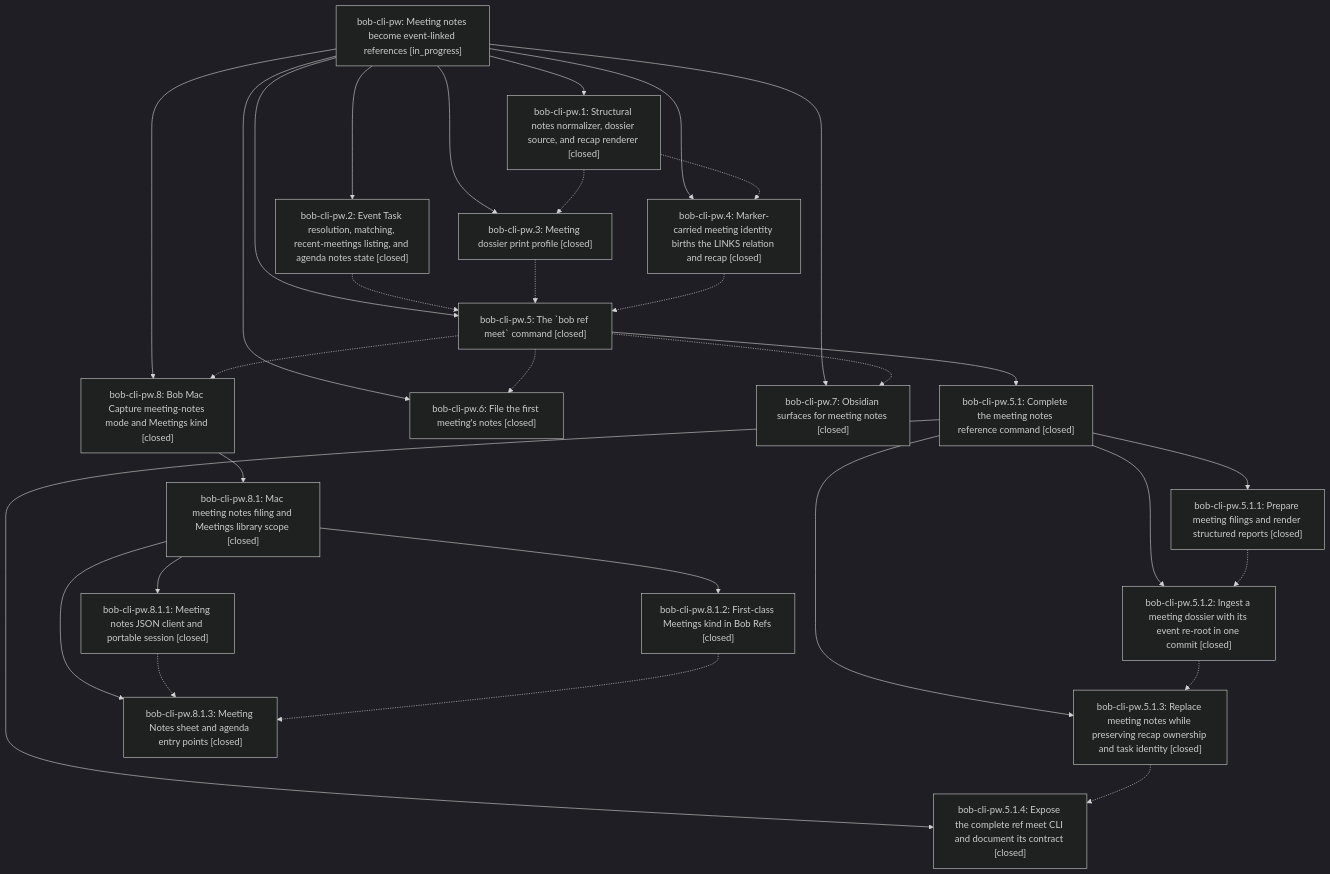
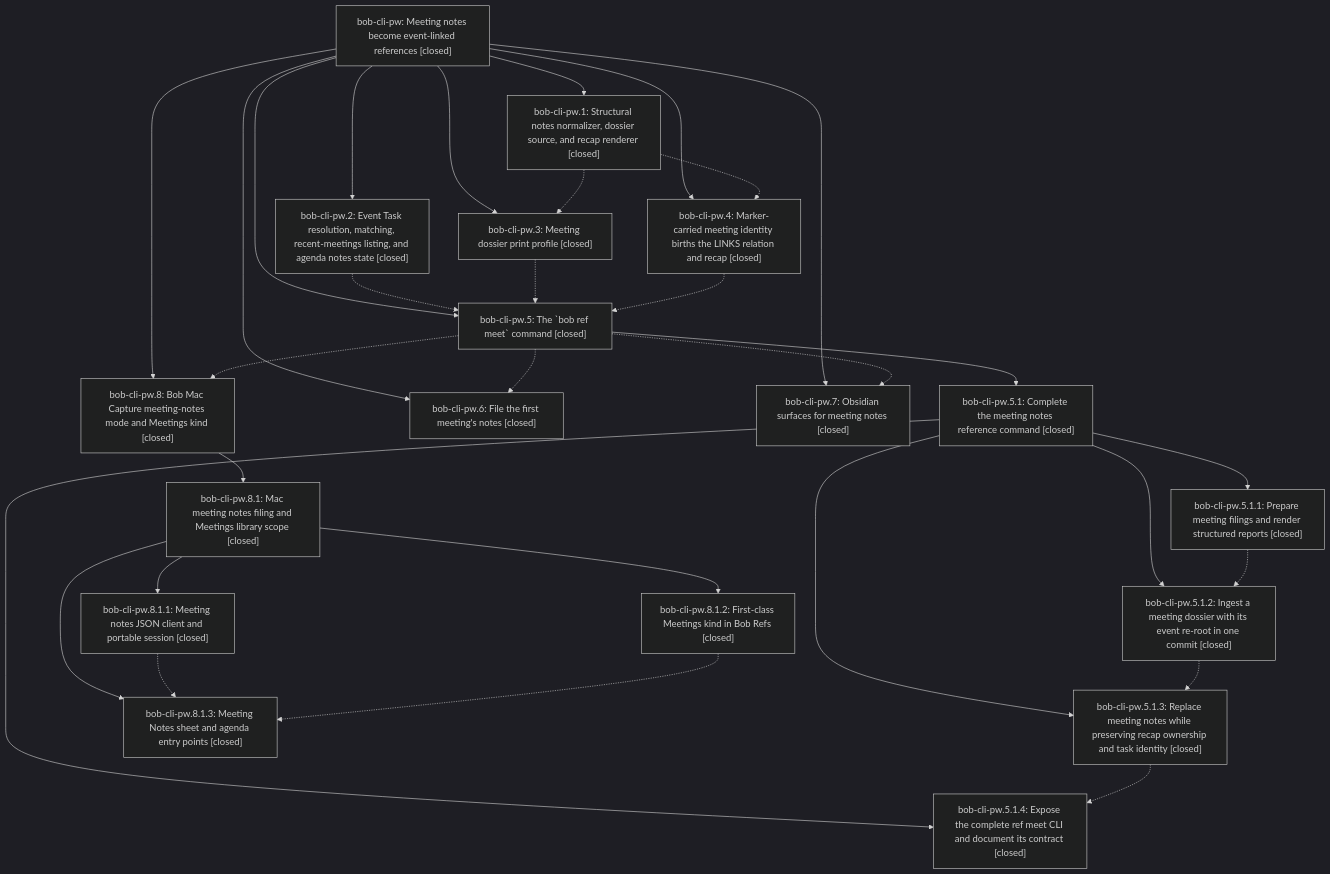
Before and after one commit to bobs-org/bob-cli--beads: the diagram in pages/bob-cli-pw/README.md, drawn with Mermaid (dark theme). The commit also changed other lines of this file, not shown here.

First line of the commit message:
chore(beads): sync bead state and pages for bob-cli-pw

````diff
--- a/pages/bob-cli-pw/README.md
+++ b/pages/bob-cli-pw/README.md
@@ -73,51 +75,51 @@
 ```mermaid
 flowchart TD
-    n0["bob-cli-pw: Meeting notes become event-linked references [in_progress]"]
+    n0["bob-cli-pw: Meeting notes become event-linked references [closed]"]
     n1["bob-cli-pw.1: Structural notes normalizer, dossier source, and recap renderer [closed]"]
     n2["bob-cli-pw.2: Event Task resolution, matching, recent-meetings listing, and agenda notes state [closed]"]
     n3["bob-cli-pw.3: Meeting dossier print profile [closed]"]
     n4["bob-cli-pw.4: Marker-carried meeting identity births the LINKS relation and recap [closed]"]
     n5["bob-cli-pw.5: The `bob ref meet` command [closed]"]
     n6["bob-cli-pw.5.1: Complete the meeting notes reference command [closed]"]
     n7["bob-cli-pw.5.1.1: Prepare meeting filings and render structured reports [closed]"]
     n8["bob-cli-pw.5.1.2: Ingest a meeting dossier with its event re-root in one commit [closed]"]
     n9["bob-cli-pw.5.1.3: Replace meeting notes while preserving recap ownership and task identity [closed]"]
     n10["bob-cli-pw.5.1.4: Expose the complete ref meet CLI and document its contract [closed]"]
     n11["bob-cli-pw.6: File the first meeting's notes [closed]"]
     n12["bob-cli-pw.7: Obsidian surfaces for meeting notes [closed]"]
     n13["bob-cli-pw.8: Bob Mac Capture meeting-notes mode and Meetings kind [closed]"]
     n14["bob-cli-pw.8.1: Mac meeting notes filing and Meetings library scope [closed]"]
     n15["bob-cli-pw.8.1.1: Meeting notes JSON client and portable session [closed]"]
     n16["bob-cli-pw.8.1.2: First-class Meetings kind in Bob Refs [closed]"]
     n17["bob-cli-pw.8.1.3: Meeting Notes sheet and agenda entry points [closed]"]
     n0 --> n1
     n0 --> n2
     n0 --> n3
     n0 --> n4
     n0 --> n5
     n5 --> n6
     n6 --> n7
     n6 --> n8
     n6 --> n9
     n6 --> n10
     n0 --> n11
     n0 --> n12
     n0 --> n13
     n13 --> n14
     n14 --> n15
     n14 --> n16
     n14 --> n17
     n1 -.-> n3
     n1 -.-> n4
     n2 -.-> n5
     n3 -.-> n5
     n4 -.-> n5
     n5 -.-> n11
     n5 -.-> n12
     n5 -.-> n13
     n7 -.-> n8
     n8 -.-> n9
     n9 -.-> n10
     n15 -.-> n17
     n16 -.-> n17
 ```
````
